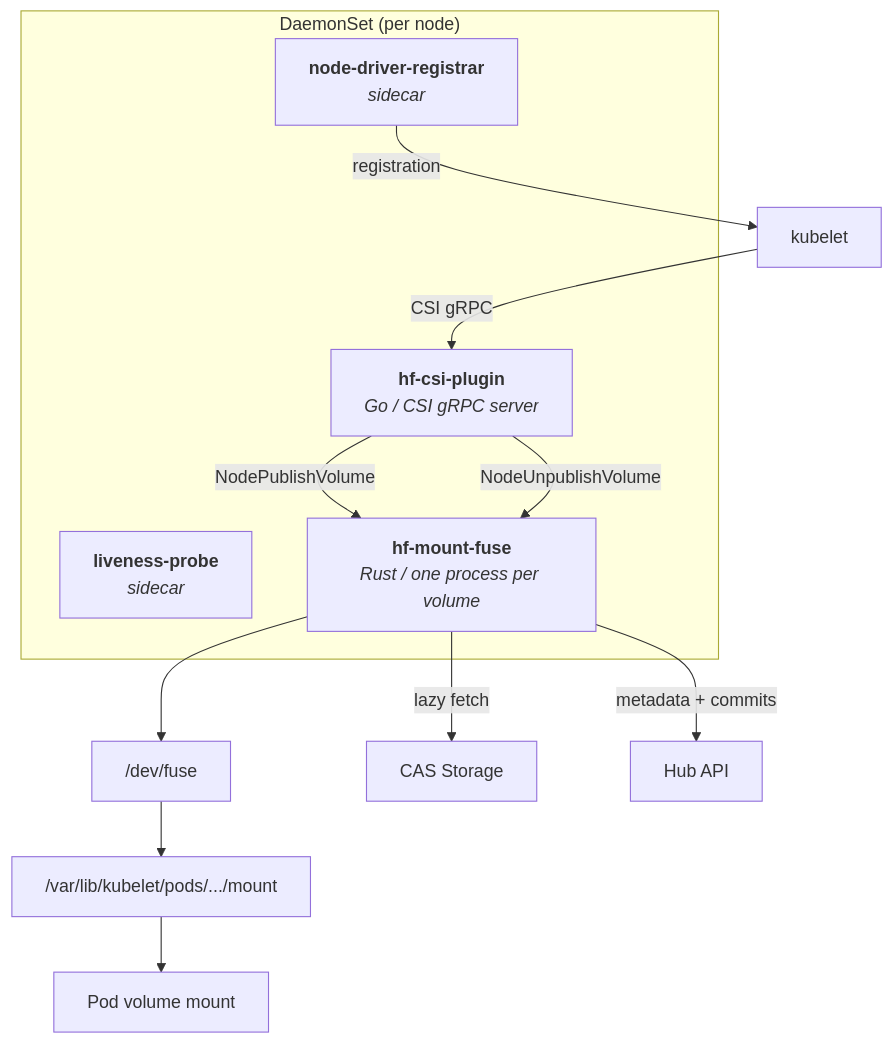
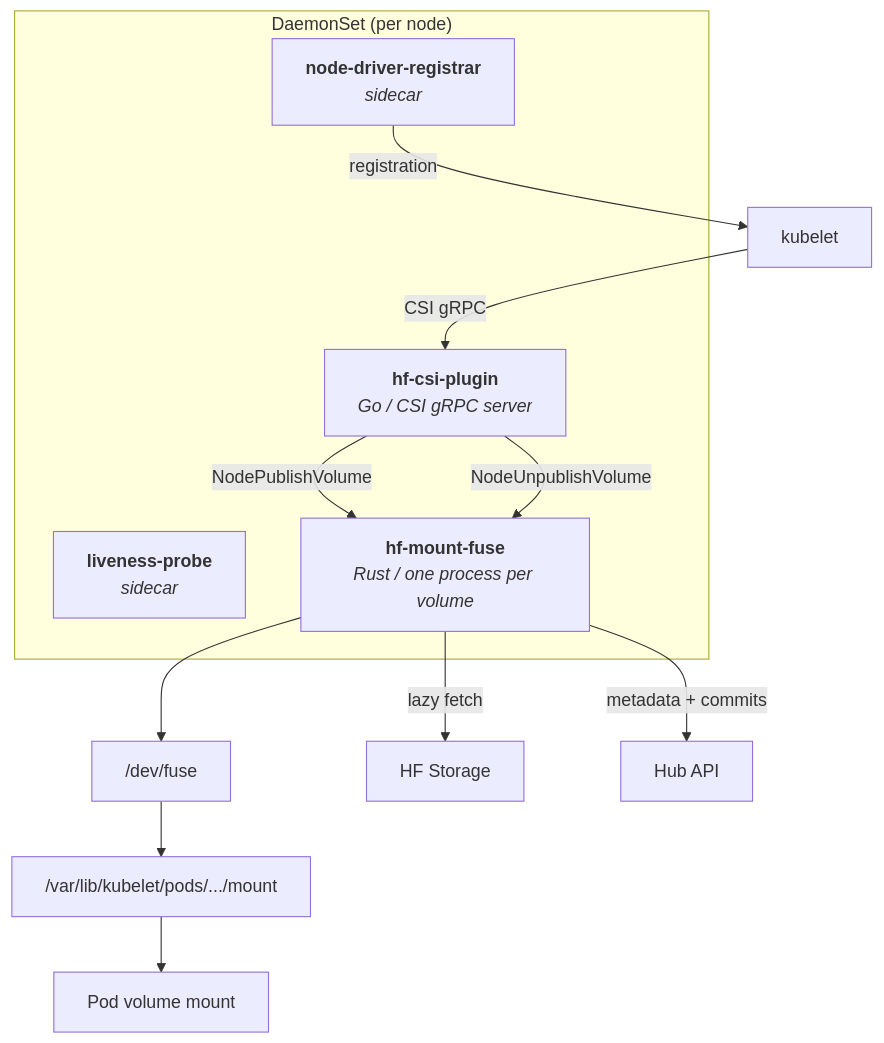
One commit to huggingface/hf-csi-driver changed the diagram in README.md. Above: the diagram before and after it, drawn with Mermaid. The commit also changed other lines of this file and 6 other files, not shown here.

````diff
--- a/README.md
+++ b/README.md
@@ -191,20 +219,20 @@
 ```mermaid
 graph TD
     subgraph DS["DaemonSet (per node)"]
         CSI["<b>hf-csi-plugin</b><br/><i>Go / CSI gRPC server</i>"]
         REG["<b>node-driver-registrar</b><br/><i>sidecar</i>"]
         LP["<b>liveness-probe</b><br/><i>sidecar</i>"]
 
         CSI -->|NodePublishVolume| FUSE["<b>hf-mount-fuse</b><br/><i>Rust / one process per volume</i>"]
         CSI -->|NodeUnpublishVolume| FUSE
     end
 
     KUBELET["kubelet"] -->|CSI gRPC| CSI
     REG -->|registration| KUBELET
     FUSE --> DEV["/dev/fuse"]
     DEV --> MNT["/var/lib/kubelet/pods/.../mount"]
     MNT --> POD["Pod volume mount"]
 
-    FUSE -->|lazy fetch| CAS["CAS Storage"]
+    FUSE -->|lazy fetch| HF["HF Storage"]
     FUSE -->|metadata + commits| HUB["Hub API"]
 ```
````
